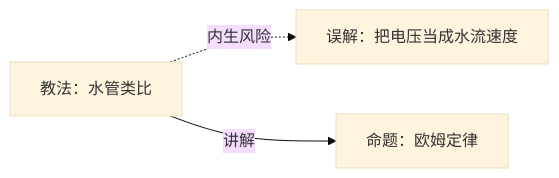
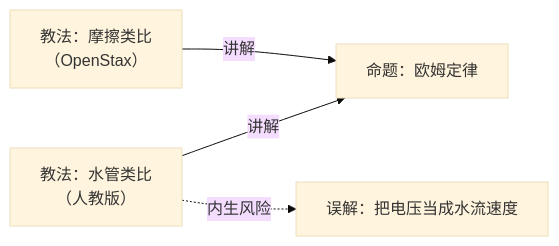
One commit to hpleapfrog/Scholia changed the diagram in knowledge/物理/README.md. Above: the diagram before and after it, drawn with Mermaid (base theme). The commit also changed other lines of this file and 14 other files, not shown here.

````diff
--- a/knowledge/物理/README.md
+++ b/knowledge/物理/README.md
@@ -23,5 +28,10 @@
 ```mermaid
 graph LR
-  M["教法：水管类比"] -.->|内生风险| X["误解：把电压当成水流速度"]
-  M -->|讲解| K["命题：欧姆定律"]
+  K["命题：欧姆定律"]
+  W["教法：水管类比<br/>（人教版）"]
+  F["教法：摩擦类比<br/>（OpenStax）"]
+  X["误解：把电压当成水流速度"]
+  W -->|讲解| K
+  F -->|讲解| K
+  W -.->|内生风险| X
 ```
````
